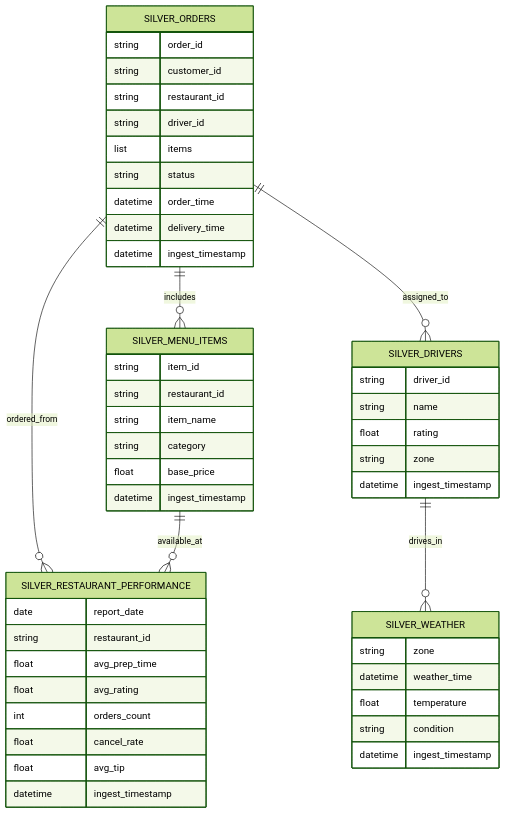
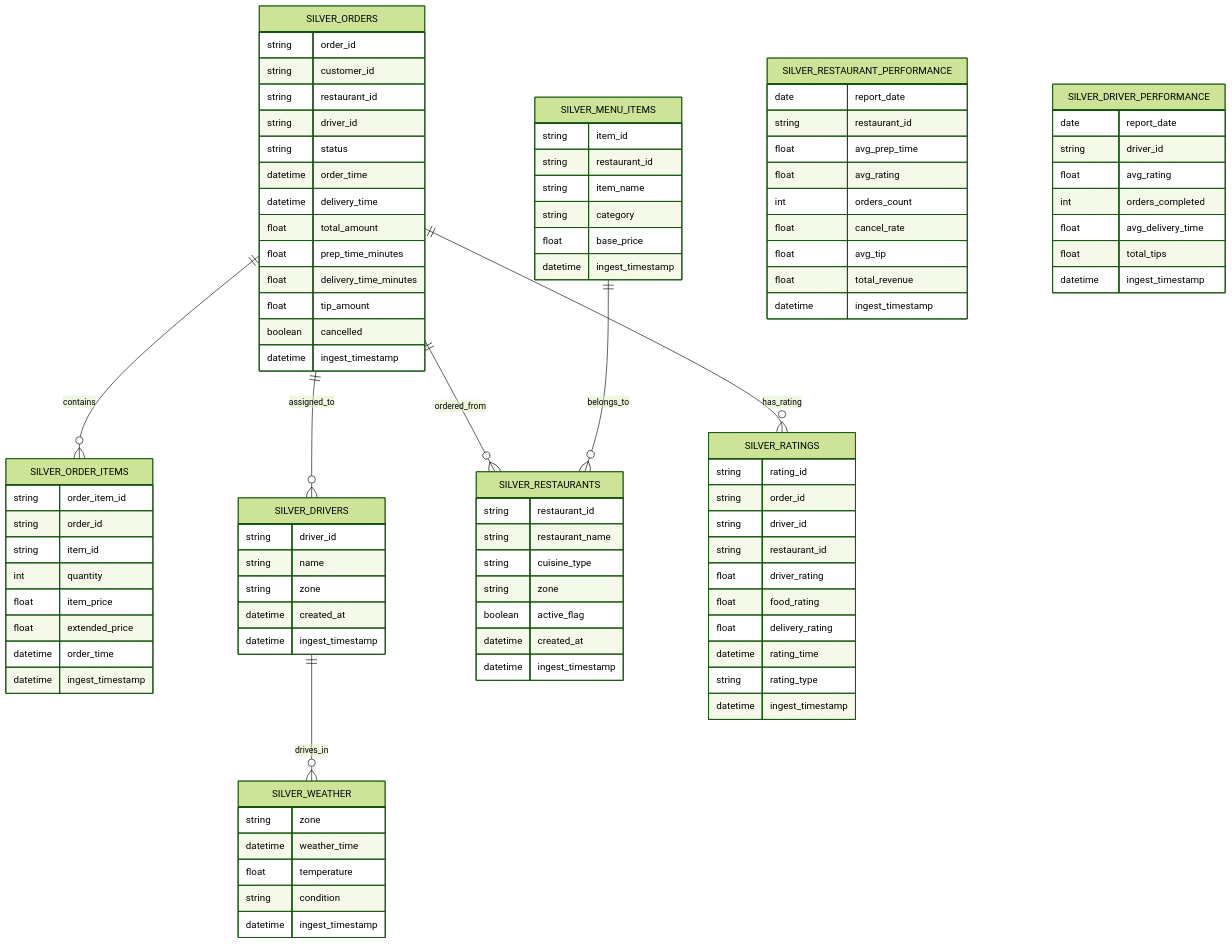
Before and after one commit to Rimidelo/WoEat---Data-Engineering---Final-Project: the diagram in Tables/silver_tables.md, drawn with Mermaid (forest theme). The commit also changed 3 other files, not shown here.

Commit message:
Update ER diagrams and table structures for bronze, silver, and gold tables; rename relationships and add new fields for order items, ratings, and restaurant performance metrics.

````diff
--- a/Tables/silver_tables.md
+++ b/Tables/silver_tables.md
@@ -1,20 +1,36 @@
 ```mermaid
 erDiagram
-    SILVER_ORDERS ||--o{ SILVER_MENU_ITEMS : includes
+    SILVER_ORDERS ||--o{ SILVER_ORDER_ITEMS : contains
     SILVER_ORDERS ||--o{ SILVER_DRIVERS : assigned_to
-    SILVER_ORDERS ||--o{ SILVER_RESTAURANT_PERFORMANCE : ordered_from
+    SILVER_ORDERS ||--o{ SILVER_RESTAURANTS : ordered_from
+    SILVER_ORDERS ||--o{ SILVER_RATINGS : has_rating
     SILVER_DRIVERS ||--o{ SILVER_WEATHER : drives_in
-    SILVER_MENU_ITEMS ||--o{ SILVER_RESTAURANT_PERFORMANCE : available_at
+    SILVER_MENU_ITEMS ||--o{ SILVER_RESTAURANTS : belongs_to
 
     SILVER_ORDERS {
         string order_id
         string customer_id
         string restaurant_id
         string driver_id
-        list items
         string status
         datetime order_time
         datetime delivery_time
+        float total_amount
+        float prep_time_minutes
+        float delivery_time_minutes
+        float tip_amount
+        boolean cancelled
+        datetime ingest_timestamp
+    }
+
+    SILVER_ORDER_ITEMS {
+        string order_item_id
+        string order_id
+        string item_id
+        int quantity
+        float item_price
+        float extended_price
+        datetime order_time
         datetime ingest_timestamp
     }
 
@@ -30,8 +46,31 @@
     SILVER_DRIVERS {
         string driver_id
         string name
-        float rating
         string zone
+        datetime created_at
+        datetime ingest_timestamp
+    }
+
+    SILVER_RESTAURANTS {
+        string restaurant_id
+        string restaurant_name
+        string cuisine_type
+        string zone
+        boolean active_flag
+        datetime created_at
+        datetime ingest_timestamp
+    }
+
+    SILVER_RATINGS {
+        string rating_id
+        string order_id
+        string driver_id
+        string restaurant_id
+        float driver_rating
+        float food_rating
+        float delivery_rating
+        datetime rating_time
+        string rating_type
         datetime ingest_timestamp
     }
 
@@ -43,6 +82,17 @@
         int orders_count
         float cancel_rate
         float avg_tip
+        float total_revenue
+        datetime ingest_timestamp
+    }
+
+    SILVER_DRIVER_PERFORMANCE {
+        date report_date
+        string driver_id
+        float avg_rating
+        int orders_completed
+        float avg_delivery_time
+        float total_tips
         datetime ingest_timestamp
     }
 
````
